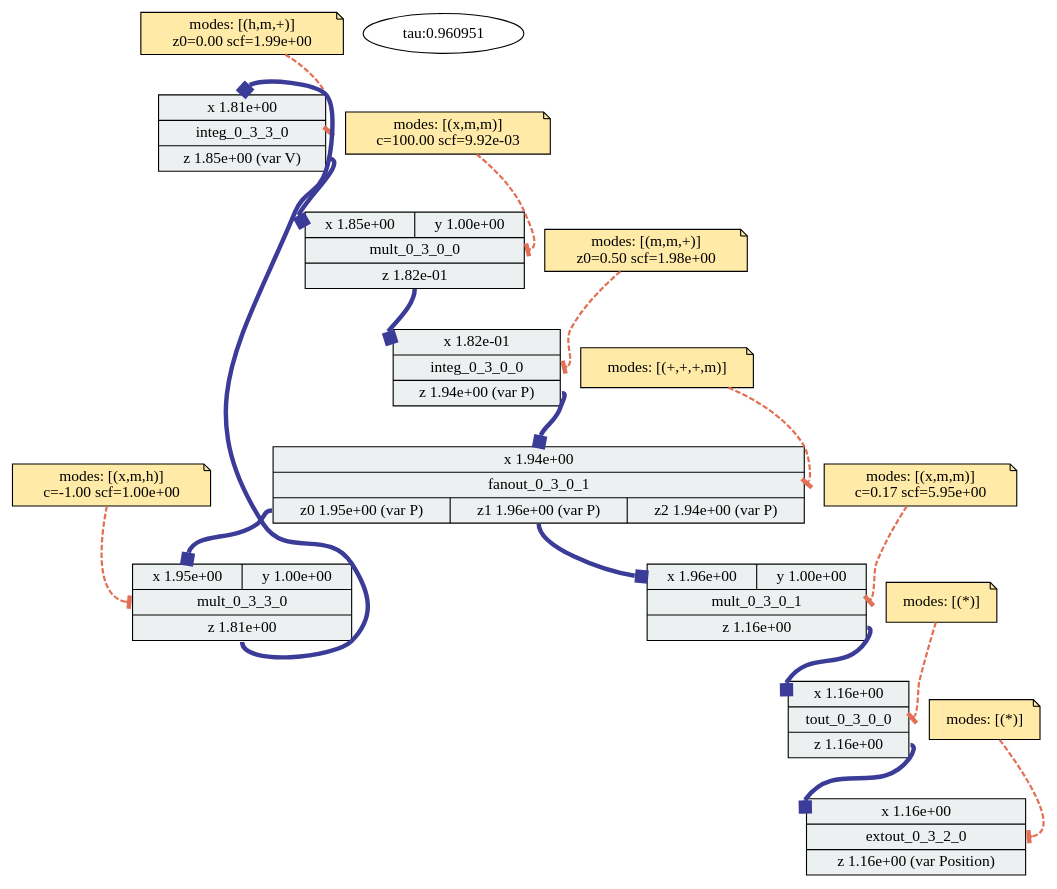
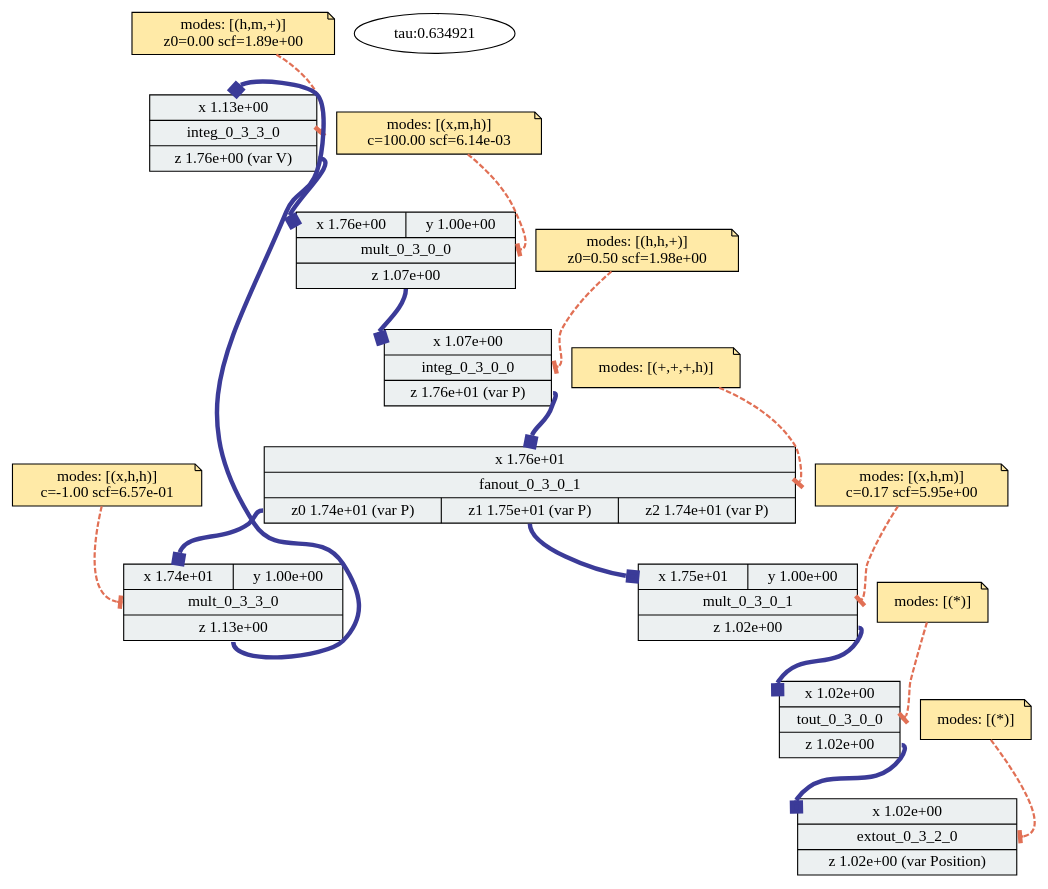
Before and after one commit to sarachour/hcdc-characterization-data: the diagram in c2/outputs/legno/unrestricted/cos/lscale-diag/cos_g0_s1_phys_qty_best_c2.dot, drawn with Graphviz. The commit also changed 268 other files, not shown here.

```diff
--- a/c2/outputs/legno/unrestricted/cos/lscale-diag/cos_g0_s1_phys_qty_best_c2.dot
+++ b/c2/outputs/legno/unrestricted/cos/lscale-diag/cos_g0_s1_phys_qty_best_c2.dot
@@ -1,76 +1,76 @@
 digraph "adp-viz" {
 	graph [overlap=false splines=true]
 	shape=record
 	integ_0_3_3_0 [label="{{<x> x
- 1.81e+00} |<block> integ_0_3_3_0| {<z> z
- 1.85e+00
+ 1.13e+00} |<block> integ_0_3_3_0| {<z> z
+ 1.76e+00
  (var V)}}" fillcolor="#ecf0f1" shape=record style=filled]
 	"integ_0_3_3_0-config" [label="\modes: [(h,m,+)]
-z0=0.00 scf=1.99e+00" fillcolor="#ffeaa7" shape=note style=filled]
+z0=0.00 scf=1.89e+00" fillcolor="#ffeaa7" shape=note style=filled]
 	"integ_0_3_3_0-config" -> integ_0_3_3_0:block [arrowhead=tee arrowtail=normal color="#e17055" penwidth=2 style=dashed]
 	shape=record
 	integ_0_3_0_0 [label="{{<x> x
- 1.82e-01} |<block> integ_0_3_0_0| {<z> z
- 1.94e+00
+ 1.07e+00} |<block> integ_0_3_0_0| {<z> z
+ 1.76e+01
  (var P)}}" fillcolor="#ecf0f1" shape=record style=filled]
-	"integ_0_3_0_0-config" [label="\modes: [(m,m,+)]
+	"integ_0_3_0_0-config" [label="\modes: [(h,h,+)]
 z0=0.50 scf=1.98e+00" fillcolor="#ffeaa7" shape=note style=filled]
 	"integ_0_3_0_0-config" -> integ_0_3_0_0:block [arrowhead=tee arrowtail=normal color="#e17055" penwidth=2 style=dashed]
 	shape=record
 	mult_0_3_3_0 [label="{{<x> x
- 1.95e+00|<y> y
+ 1.74e+01|<y> y
  1.00e+00} |<block> mult_0_3_3_0| {<z> z
- 1.81e+00}}" fillcolor="#ecf0f1" shape=record style=filled]
-	"mult_0_3_3_0-config" [label="\modes: [(x,m,h)]
-c=-1.00 scf=1.00e+00" fillcolor="#ffeaa7" shape=note style=filled]
+ 1.13e+00}}" fillcolor="#ecf0f1" shape=record style=filled]
+	"mult_0_3_3_0-config" [label="\modes: [(x,h,h)]
+c=-1.00 scf=6.57e-01" fillcolor="#ffeaa7" shape=note style=filled]
 	"mult_0_3_3_0-config" -> mult_0_3_3_0:block [arrowhead=tee arrowtail=normal color="#e17055" penwidth=2 style=dashed]
 	shape=record
 	mult_0_3_0_0 [label="{{<x> x
- 1.85e+00|<y> y
+ 1.76e+00|<y> y
  1.00e+00} |<block> mult_0_3_0_0| {<z> z
- 1.82e-01}}" fillcolor="#ecf0f1" shape=record style=filled]
-	"mult_0_3_0_0-config" [label="\modes: [(x,m,m)]
-c=100.00 scf=9.92e-03" fillcolor="#ffeaa7" shape=note style=filled]
+ 1.07e+00}}" fillcolor="#ecf0f1" shape=record style=filled]
+	"mult_0_3_0_0-config" [label="\modes: [(x,m,h)]
+c=100.00 scf=6.14e-03" fillcolor="#ffeaa7" shape=note style=filled]
 	"mult_0_3_0_0-config" -> mult_0_3_0_0:block [arrowhead=tee arrowtail=normal color="#e17055" penwidth=2 style=dashed]
 	shape=record
 	mult_0_3_0_1 [label="{{<x> x
- 1.96e+00|<y> y
+ 1.75e+01|<y> y
  1.00e+00} |<block> mult_0_3_0_1| {<z> z
- 1.16e+00}}" fillcolor="#ecf0f1" shape=record style=filled]
-	"mult_0_3_0_1-config" [label="\modes: [(x,m,m)]
+ 1.02e+00}}" fillcolor="#ecf0f1" shape=record style=filled]
+	"mult_0_3_0_1-config" [label="\modes: [(x,h,m)]
 c=0.17 scf=5.95e+00" fillcolor="#ffeaa7" shape=note style=filled]
 	"mult_0_3_0_1-config" -> mult_0_3_0_1:block [arrowhead=tee arrowtail=normal color="#e17055" penwidth=2 style=dashed]
 	shape=record
 	extout_0_3_2_0 [label="{{<x> x
- 1.16e+00} |<block> extout_0_3_2_0| {<z> z
- 1.16e+00
+ 1.02e+00} |<block> extout_0_3_2_0| {<z> z
+ 1.02e+00
  (var Position)}}" fillcolor="#ecf0f1" shape=record style=filled]
 	"extout_0_3_2_0-config" [label="\modes: [(*)]" fillcolor="#ffeaa7" shape=note style=filled]
 	"extout_0_3_2_0-config" -> extout_0_3_2_0:block [arrowhead=tee arrowtail=normal color="#e17055" penwidth=2 style=dashed]
 	shape=record
 	fanout_0_3_0_1 [label="{{<x> x
- 1.94e+00} |<block> fanout_0_3_0_1| {<z0> z0
- 1.95e+00
+ 1.76e+01} |<block> fanout_0_3_0_1| {<z0> z0
+ 1.74e+01
  (var P)|<z1> z1
- 1.96e+00
+ 1.75e+01
  (var P)|<z2> z2
- 1.94e+00
+ 1.74e+01
  (var P)}}" fillcolor="#ecf0f1" shape=record style=filled]
-	"fanout_0_3_0_1-config" [label="\modes: [(+,+,+,m)]" fillcolor="#ffeaa7" shape=note style=filled]
+	"fanout_0_3_0_1-config" [label="\modes: [(+,+,+,h)]" fillcolor="#ffeaa7" shape=note style=filled]
 	"fanout_0_3_0_1-config" -> fanout_0_3_0_1:block [arrowhead=tee arrowtail=normal color="#e17055" penwidth=2 style=dashed]
 	shape=record
 	tout_0_3_0_0 [label="{{<x> x
- 1.16e+00} |<block> tout_0_3_0_0| {<z> z
- 1.16e+00}}" fillcolor="#ecf0f1" shape=record style=filled]
+ 1.02e+00} |<block> tout_0_3_0_0| {<z> z
+ 1.02e+00}}" fillcolor="#ecf0f1" shape=record style=filled]
 	"tout_0_3_0_0-config" [label="\modes: [(*)]" fillcolor="#ffeaa7" shape=note style=filled]
 	"tout_0_3_0_0-config" -> tout_0_3_0_0:block [arrowhead=tee arrowtail=normal color="#e17055" penwidth=2 style=dashed]
 	mult_0_3_3_0:z -> integ_0_3_3_0:x [arrowhead=box arrowtail=normal color="#3B3B98" penwidth=4]
 	mult_0_3_0_0:z -> integ_0_3_0_0:x [arrowhead=box arrowtail=normal color="#3B3B98" penwidth=4]
 	mult_0_3_0_1:z -> tout_0_3_0_0:x [arrowhead=box arrowtail=normal color="#3B3B98" penwidth=4]
 	tout_0_3_0_0:z -> extout_0_3_2_0:x [arrowhead=box arrowtail=normal color="#3B3B98" penwidth=4]
 	integ_0_3_0_0:z -> fanout_0_3_0_1:x [arrowhead=box arrowtail=normal color="#3B3B98" penwidth=4]
 	fanout_0_3_0_1:z0 -> mult_0_3_3_0:x [arrowhead=box arrowtail=normal color="#3B3B98" penwidth=4]
 	fanout_0_3_0_1:z1 -> mult_0_3_0_1:x [arrowhead=box arrowtail=normal color="#3B3B98" penwidth=4]
 	integ_0_3_3_0:z -> mult_0_3_0_0:x [arrowhead=box arrowtail=normal color="#3B3B98" penwidth=4]
-	time_const [label="tau:0.960951"]
+	time_const [label="tau:0.634921"]
 }
```
